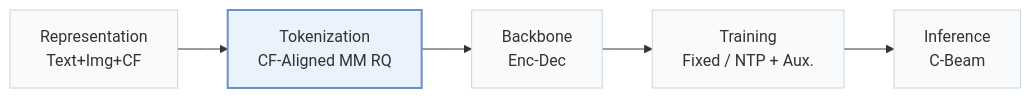
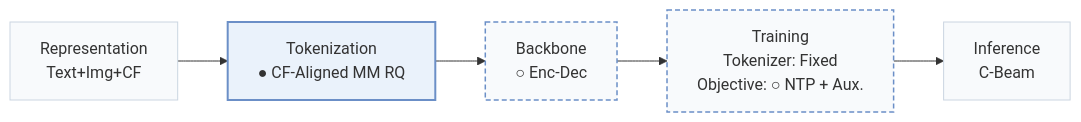
One commit to Galaxy-ghost/Awesome-SID-Generative-Rec changed the first of 2 diagrams in pages/papers/rofigr.md. Above: the diagram before and after it, drawn with Mermaid. The commit also changed other lines of this file and 558 other files, not shown here.

````diff
--- a/pages/papers/rofigr.md
+++ b/pages/papers/rofigr.md
@@ -15,8 +18,10 @@
 ```mermaid
 flowchart LR
-    R["Representation<br/>Text+Img+CF"] --> T["Tokenization<br/>CF-Aligned MM RQ"] --> B["Backbone<br/>Enc-Dec"] --> TR["Training<br/>Fixed / NTP + Aux."] --> I["Inference<br/>C-Beam"]
+    R["Representation<br/>Text+Img+CF"] --> T["Tokenization<br/>● CF-Aligned MM RQ"] --> B["Backbone<br/>○ Enc-Dec"] --> TR["Training<br/>Tokenizer: Fixed<br/>Objective: ○ NTP + Aux."] --> I["Inference<br/>C-Beam"]
     classDef base fill:#f8fafc,stroke:#cbd5e1
     class R,T,B,TR,I base
+    classDef other fill:#f8fafc,stroke:#6b8fc7,stroke-width:1.5px,stroke-dasharray:5 3
+    class B,TR other
     classDef main fill:#eaf2fb,stroke:#6b8fc7,stroke-width:2px
     class T main
 ```
````
